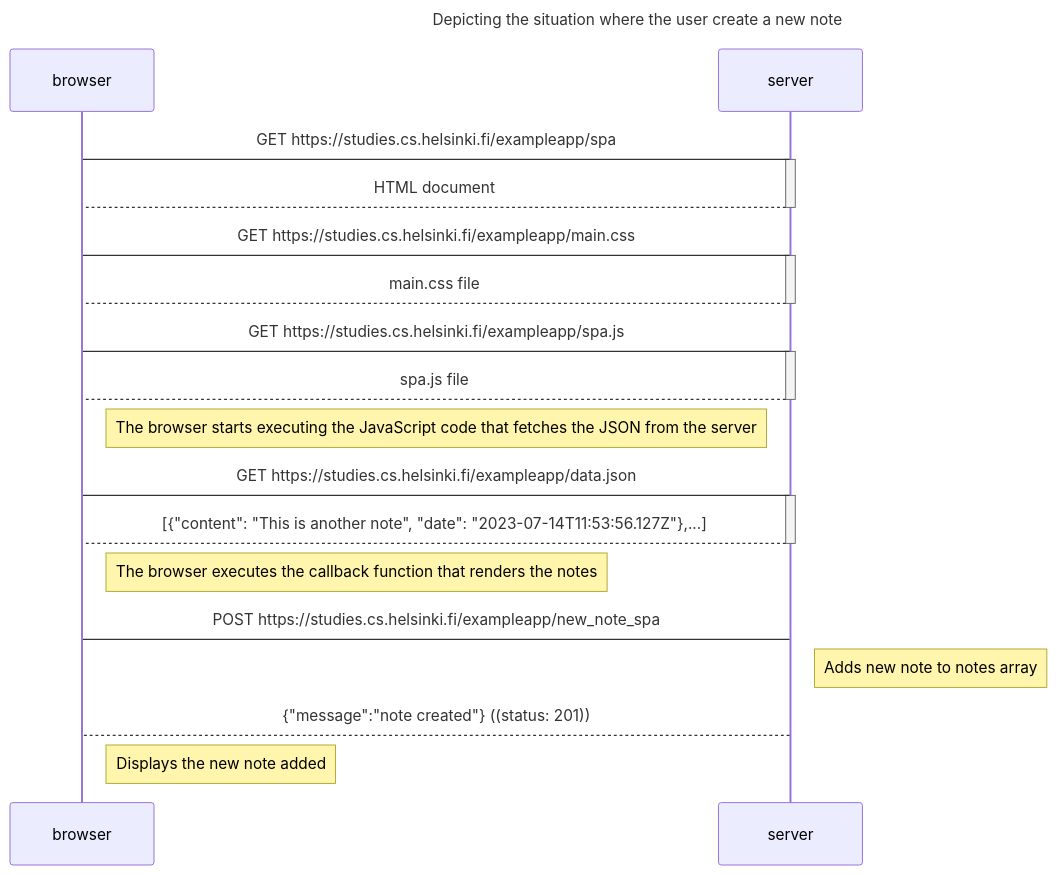
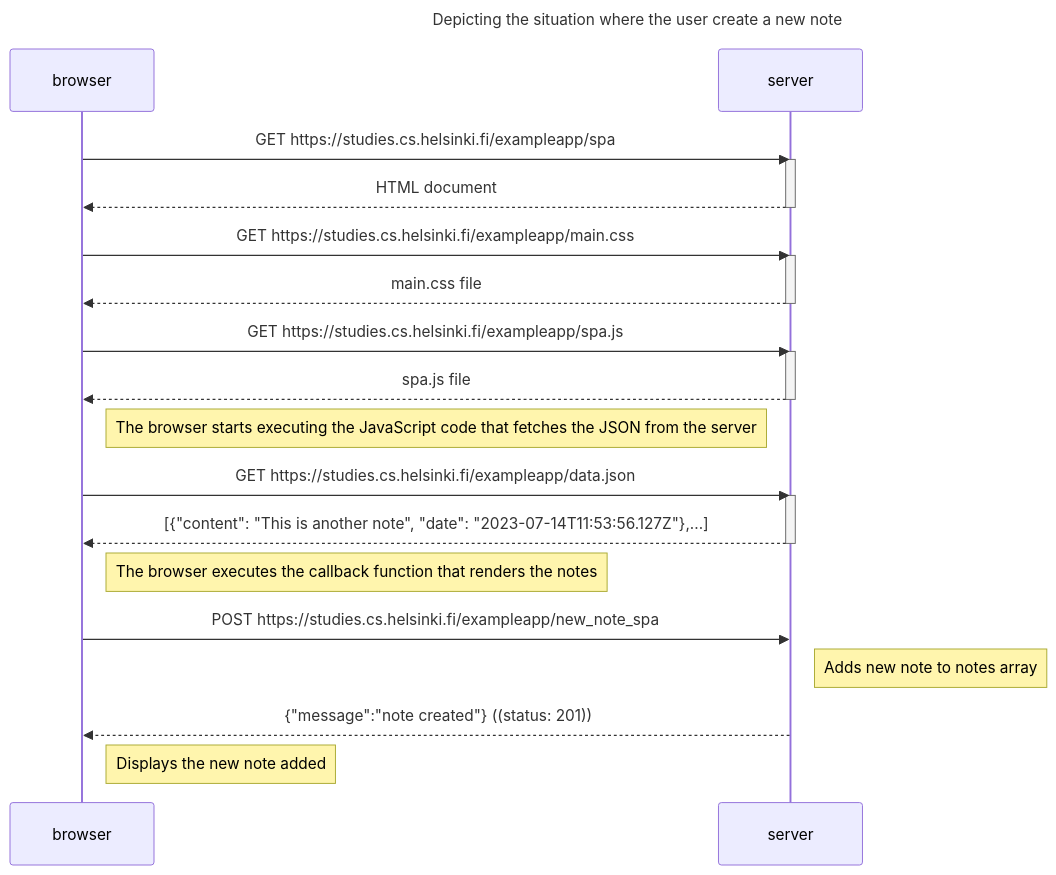
Before and after one commit to Nepsoul/part-0: the diagram in 0.6-creating-newNote-using-singlePage-app.md, drawn with Mermaid. The commit also changed 1 other file, not shown here.

Commit message:
info: added direction

````diff
--- a/0.6-creating-newNote-using-singlePage-app.md
+++ b/0.6-creating-newNote-using-singlePage-app.md
@@ -1,42 +1,42 @@
 ```mermaid    
 sequenceDiagram
     
     title Depicting the situation where the user create a new note
     
     participant browser
     participant server
     
-    browser->server: GET https://studies.cs.helsinki.fi/exampleapp/spa
+    browser->>server: GET https://studies.cs.helsinki.fi/exampleapp/spa
     activate server
-    server-->browser: HTML document
+    server-->>browser: HTML document
     deactivate server
 
-    browser->server: GET https://studies.cs.helsinki.fi/exampleapp/main.css
+    browser->>server: GET https://studies.cs.helsinki.fi/exampleapp/main.css
     activate server
-    server-->browser: main.css file
+    server-->>browser: main.css file
     deactivate server
 
-    browser->server: GET https://studies.cs.helsinki.fi/exampleapp/spa.js
+    browser->>server: GET https://studies.cs.helsinki.fi/exampleapp/spa.js
     activate server
-    server-->browser: spa.js file
+    server-->>browser: spa.js file
     deactivate server
 
     Note right of browser: The browser starts executing the JavaScript code that fetches the JSON from the server
     
-    browser->server: GET https://studies.cs.helsinki.fi/exampleapp/data.json
+    browser->>server: GET https://studies.cs.helsinki.fi/exampleapp/data.json
     activate server
     
-    server-->browser:[{"content": "This is another note", "date": "2023-07-14T11:53:56.127Z"},...]
+    server-->>browser:[{"content": "This is another note", "date": "2023-07-14T11:53:56.127Z"},...]
     
     deactivate server
 
     Note right of browser: The browser executes the callback function that renders the notes
     
-    browser->server: POST https://studies.cs.helsinki.fi/exampleapp/new_note_spa
+    browser->>server: POST https://studies.cs.helsinki.fi/exampleapp/new_note_spa
     
     Note right of server: Adds new note to notes array 
     
-    server-->browser: {"message":"note created"} ((status: 201))
+    server-->>browser: {"message":"note created"} ((status: 201))
     
     Note right of browser: Displays the new note added
 ```
````
